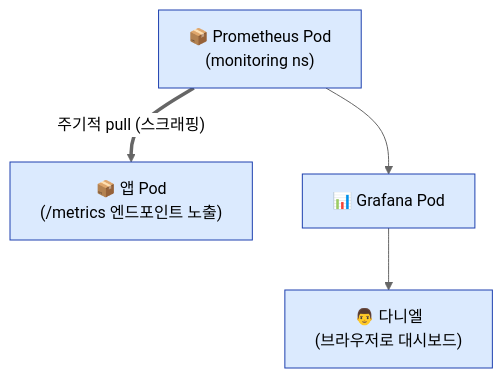
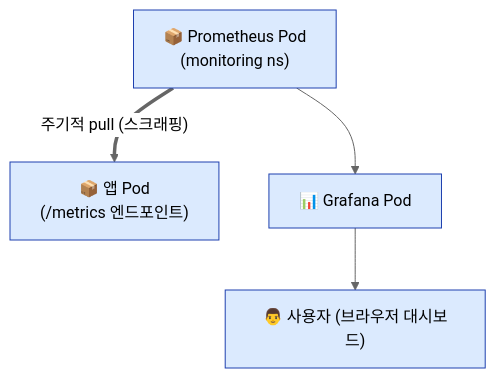
One commit to currenjin/currenjin.github.io changed diagram 11 of 13 in _wiki/homelab.md. Above: the diagram before and after it, drawn with Mermaid (neutral theme). The commit also changed other lines of this file, not shown here.

````diff
--- a/_wiki/homelab.md
+++ b/_wiki/homelab.md
@@ -725,13 +475,13 @@
 ```mermaid
 flowchart TB
-  Pod["📦 앱 Pod<br/>(/metrics 엔드포인트 노출)"]
+  Pod["📦 앱 Pod<br/>(/metrics 엔드포인트)"]
   Prom["📦 Prometheus Pod<br/>(monitoring ns)"]
   Graf["📊 Grafana Pod"]
-  User["👨 다니엘<br/>(브라우저로 대시보드)"]
+  User["👨 사용자 (브라우저 대시보드)"]
 
   Prom == "주기적 pull (스크래핑)" ==> Pod
   Prom --> Graf --> User
 
   classDef blue fill:#dbeafe,stroke:#1e40af,color:#000
   class Pod,Prom,Graf,User blue
 ```
````
